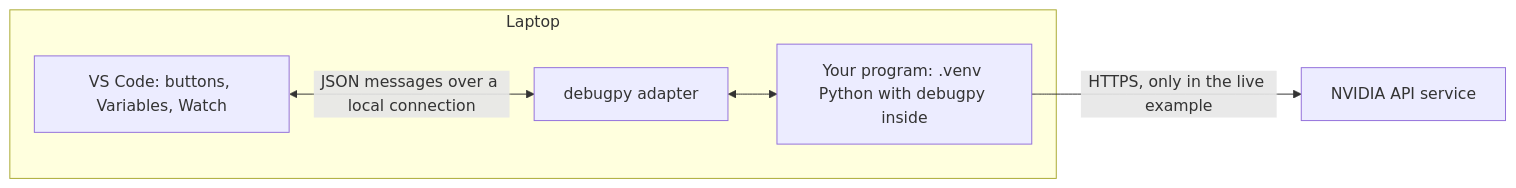
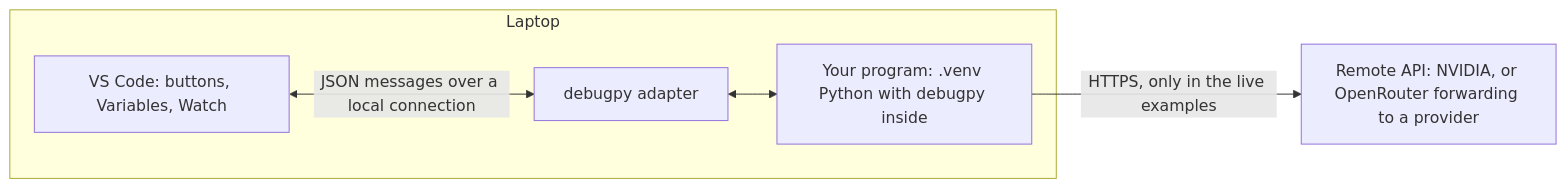
One commit to L3GJ0N/engineering_agentic_ai_systems_hs_aalen changed the diagram in llm_inference/debugging.md. Above: the diagram before and after it, drawn with Mermaid. The commit also changed other lines of this file and 13 other files, not shown here.

First line of the commit message:
Add OpenRouter inference examples beside the NVIDIA ones

````diff
--- a/llm_inference/debugging.md
+++ b/llm_inference/debugging.md
@@ -13,8 +13,8 @@
 ```mermaid
 flowchart LR
     subgraph Laptop
         V[VS Code: buttons, Variables, Watch] <-->|JSON messages over a local connection| A[debugpy adapter]
         A <--> P[Your program: .venv Python with debugpy inside]
     end
-    P -->|HTTPS, only in the live example| N[NVIDIA API service]
+    P -->|HTTPS, only in the live examples| N[Remote API: NVIDIA, or OpenRouter forwarding to a provider]
 ```
````
